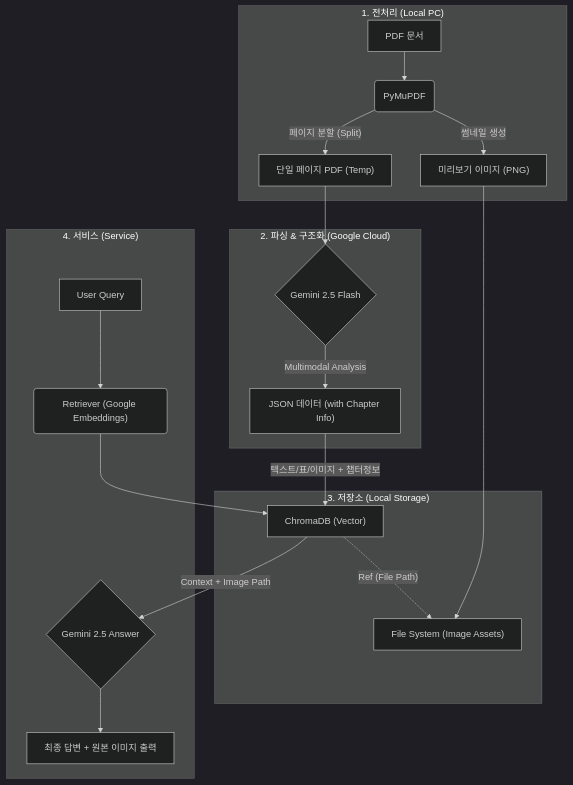
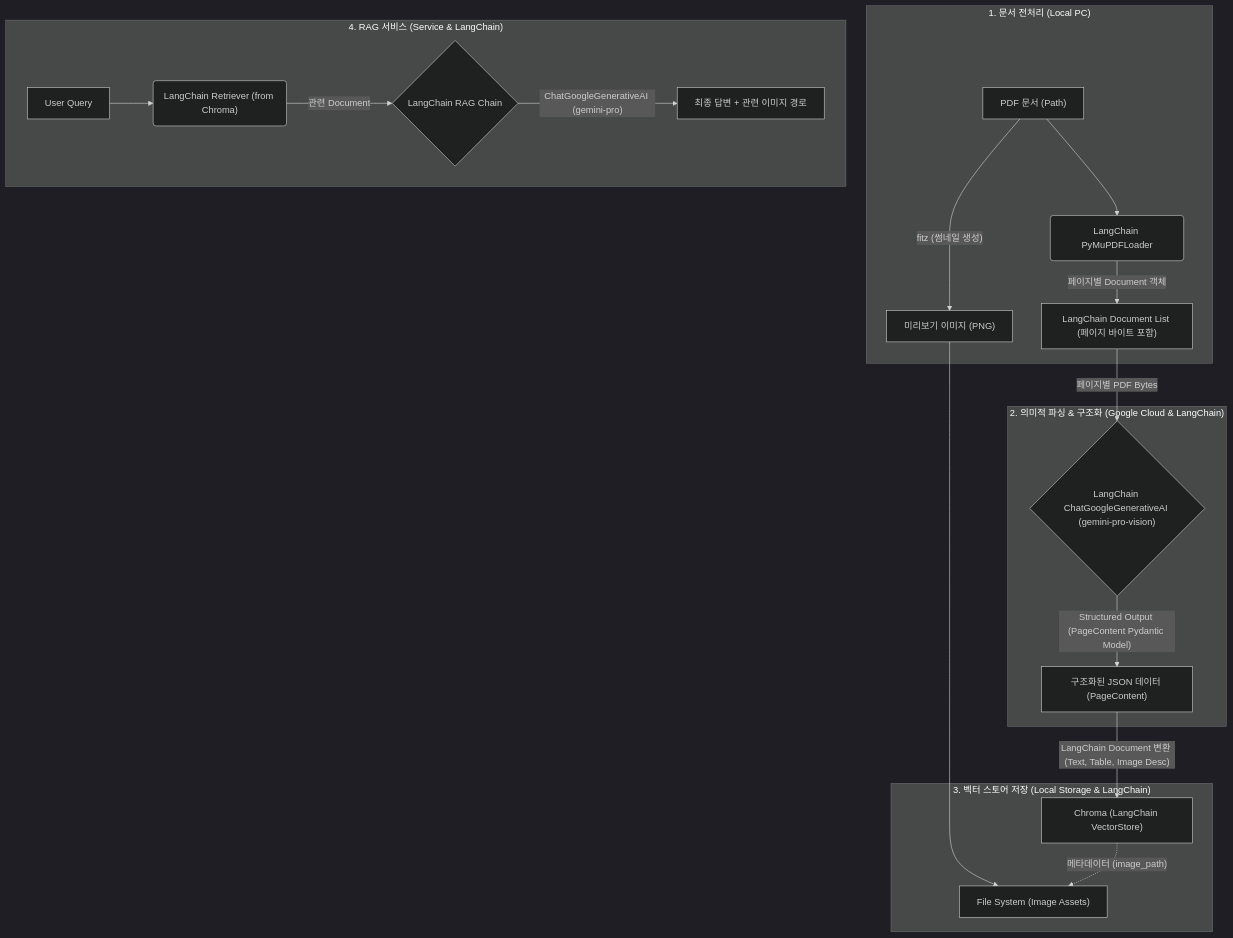
The diagram in 개발설계문서.md (Bonggoo/Multimodal_RAG), drawn with Mermaid (dark theme) before and after one commit. The commit also changed other lines of this file and 16 other files, not shown here.

Commit message:
Refactor: Migrate to LangChain v0.3 & Upgrade to Gemini 2.5 Flash

````diff
--- a/개발설계문서.md
+++ b/개발설계문서.md
@@ -27,26 +27,25 @@
 ```mermaid
 flowchart TD
-    subgraph S1 ["1. 전처리 (Local PC)"]
-        A["PDF 문서"] --> B("PyMuPDF")
-        B -- "페이지 분할 (Split)" --> C["단일 페이지 PDF (Temp)"]
-        B -- "썸네일 생성" --> D["미리보기 이미지 (PNG)"]
+    subgraph S1 ["1. 문서 전처리 (Local PC)"]
+        A["PDF 문서 (Path)"] --> B("LangChain PyMuPDFLoader")
+        B -- "페이지별 Document 객체" --> C["LangChain Document List (페이지 바이트 포함)"]
+        A -- "fitz (썸네일 생성)" --> D["미리보기 이미지 (PNG)"]
     end
 
-    subgraph S2 ["2. 파싱 & 구조화 (Google Cloud)"]
-        C --> E{"Gemini 2.5 Flash"}
-        E -- "Multimodal Analysis" --> F["JSON 데이터 (with Chapter Info)"]
+    subgraph S2 ["2. 의미적 파싱 & 구조화 (Google Cloud & LangChain)"]
+        C -- "페이지별 PDF Bytes" --> E{"LangChain ChatGoogleGenerativeAI (gemini-pro-vision)"}
+        E -- "Structured Output (PageContent Pydantic Model)" --> F["구조화된 JSON 데이터 (PageContent)"]
     end
 
-    subgraph S3 ["3. 저장소 (Local Storage)"]
-        F -- "텍스트/표/이미지 + 챕터정보" --> G["ChromaDB (Vector)"]
+    subgraph S3 ["3. 벡터 스토어 저장 (Local Storage & LangChain)"]
+        F -- "LangChain Document 변환 (Text, Table, Image Desc)" --> G["Chroma (LangChain VectorStore)"]
         D --> H["File System (Image Assets)"]
-        G -. "Ref (File Path)" .-> H
+        G -. "메타데이터 (image_path)" .-> H
     end
 
-    subgraph S4 ["4. 서비스 (Service)"]
-        I["User Query"] --> J("Retriever (Google Embeddings)")
-        J --> G
-        G -- "Context + Image Path" --> K{"Gemini 2.5 Answer"}
-        K --> L["최종 답변 + 원본 이미지 출력"]
+    subgraph S4 ["4. RAG 서비스 (Service & LangChain)"]
+        I["User Query"] --> J("LangChain Retriever (from Chroma)")
+        J -- "관련 Document" --> K{"LangChain RAG Chain"}
+        K -- "ChatGoogleGenerativeAI (gemini-pro)" --> L["최종 답변 + 관련 이미지 경로"]
     end
 ```
````
